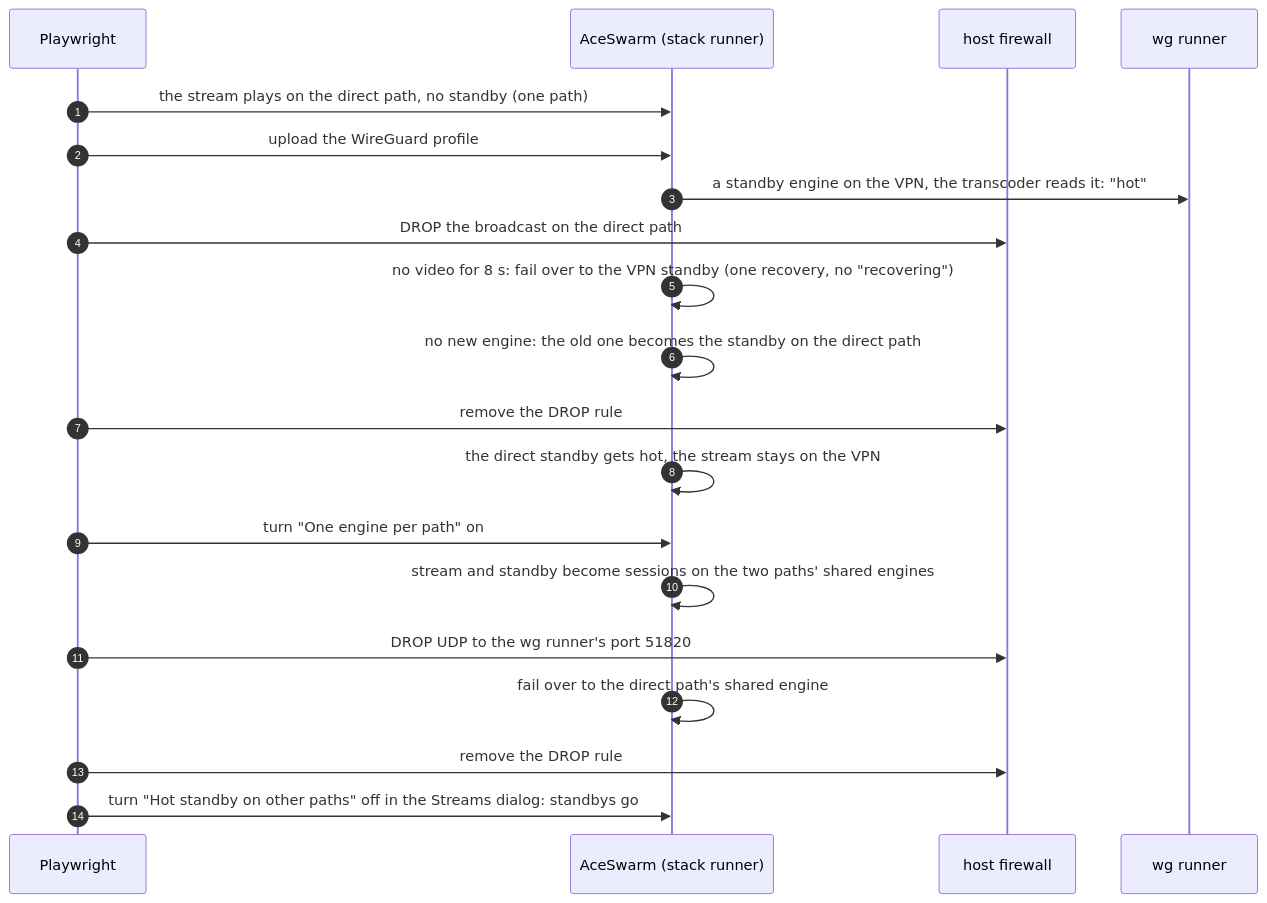
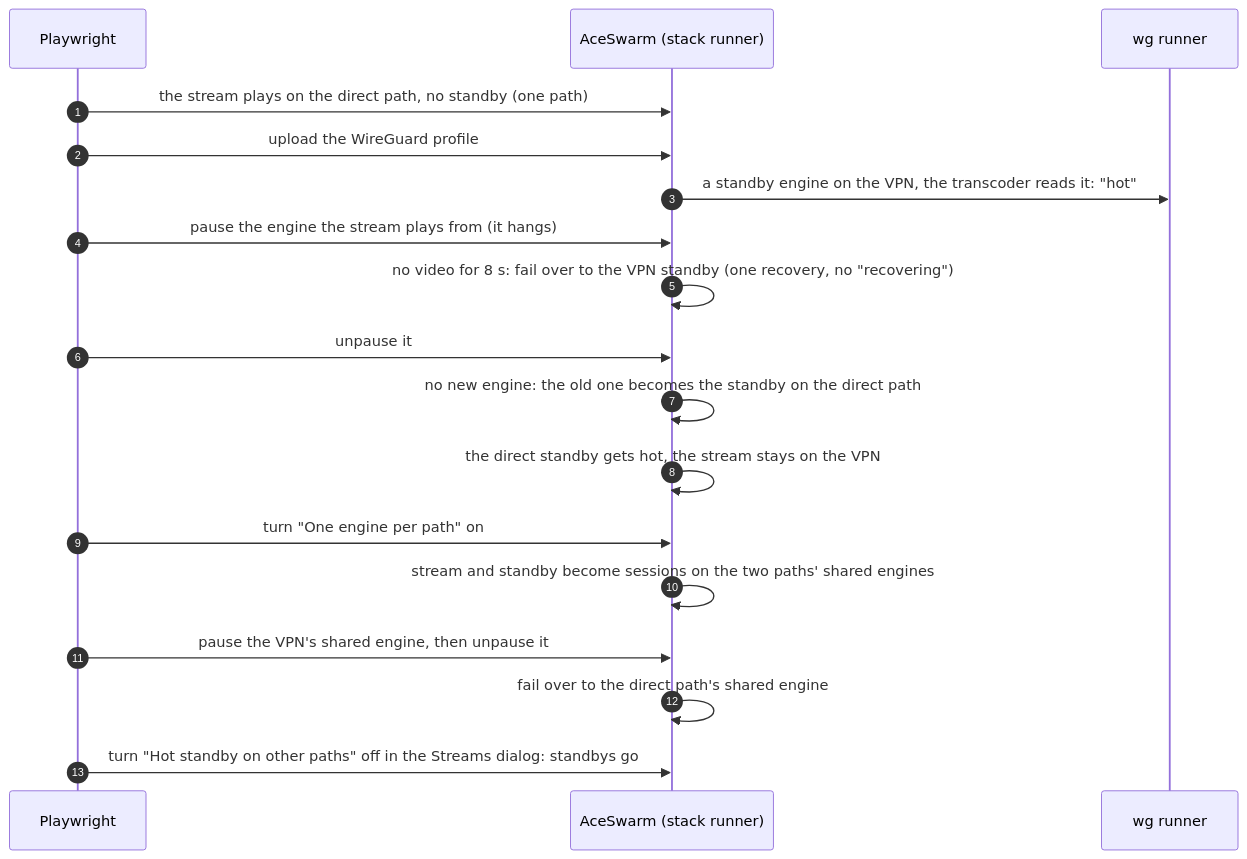
Before and after one commit to sergimn/AceSwarm: diagram 11 of 12 in e2e/README.md, drawn with Mermaid. The commit also changed other lines of this file and 10 other files, not shown here.

````diff
--- a/e2e/README.md
+++ b/e2e/README.md
@@ -298,22 +298,20 @@
 ```mermaid
 sequenceDiagram
   autonumber
   participant T as Playwright
   participant AS as AceSwarm (stack runner)
-  participant FW as host firewall
   participant WG as wg runner
   T->>AS: the stream plays on the direct path, no standby (one path)
   T->>AS: upload the WireGuard profile
   AS->>WG: a standby engine on the VPN, the transcoder reads it: "hot"
-  T->>FW: DROP the broadcast on the direct path
+  T->>AS: pause the engine the stream plays from (it hangs)
   AS->>AS: no video for 8 s: fail over to the VPN standby (one recovery, no "recovering")
+  T->>AS: unpause it
   AS->>AS: no new engine: the old one becomes the standby on the direct path
-  T->>FW: remove the DROP rule
   AS->>AS: the direct standby gets hot, the stream stays on the VPN
   T->>AS: turn "One engine per path" on
   AS->>AS: stream and standby become sessions on the two paths' shared engines
-  T->>FW: DROP UDP to the wg runner's port 51820
+  T->>AS: pause the VPN's shared engine, then unpause it
   AS->>AS: fail over to the direct path's shared engine
-  T->>FW: remove the DROP rule
   T->>AS: turn "Hot standby on other paths" off in the Streams dialog: standbys go
 ```
````
